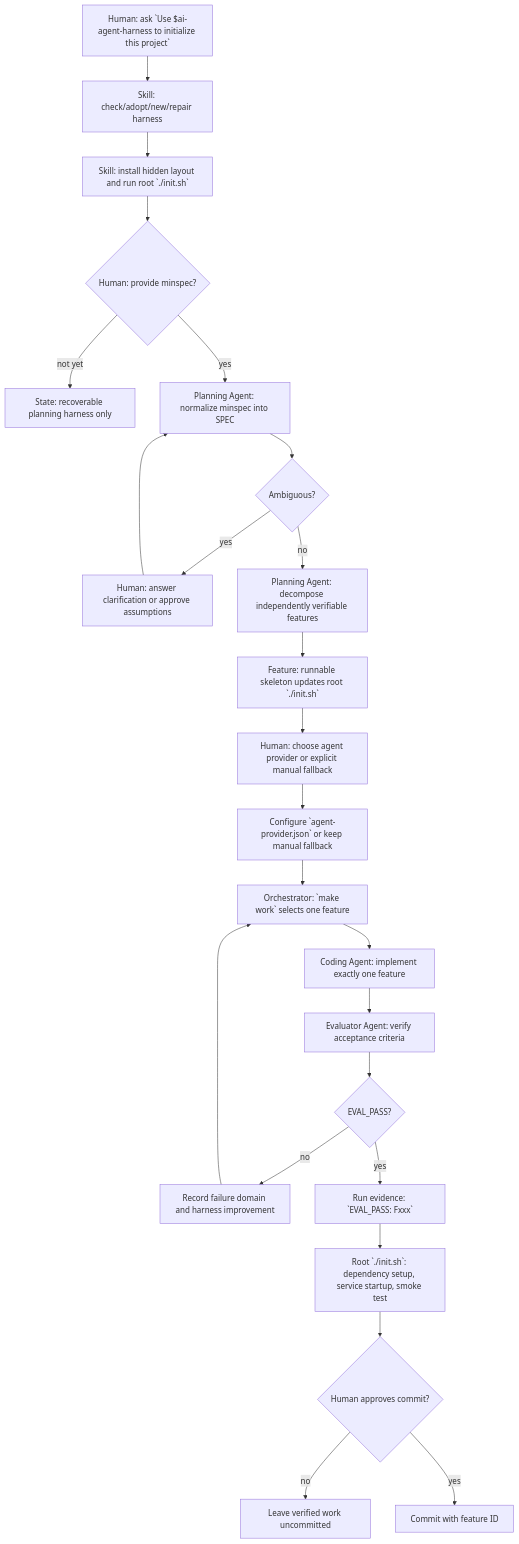
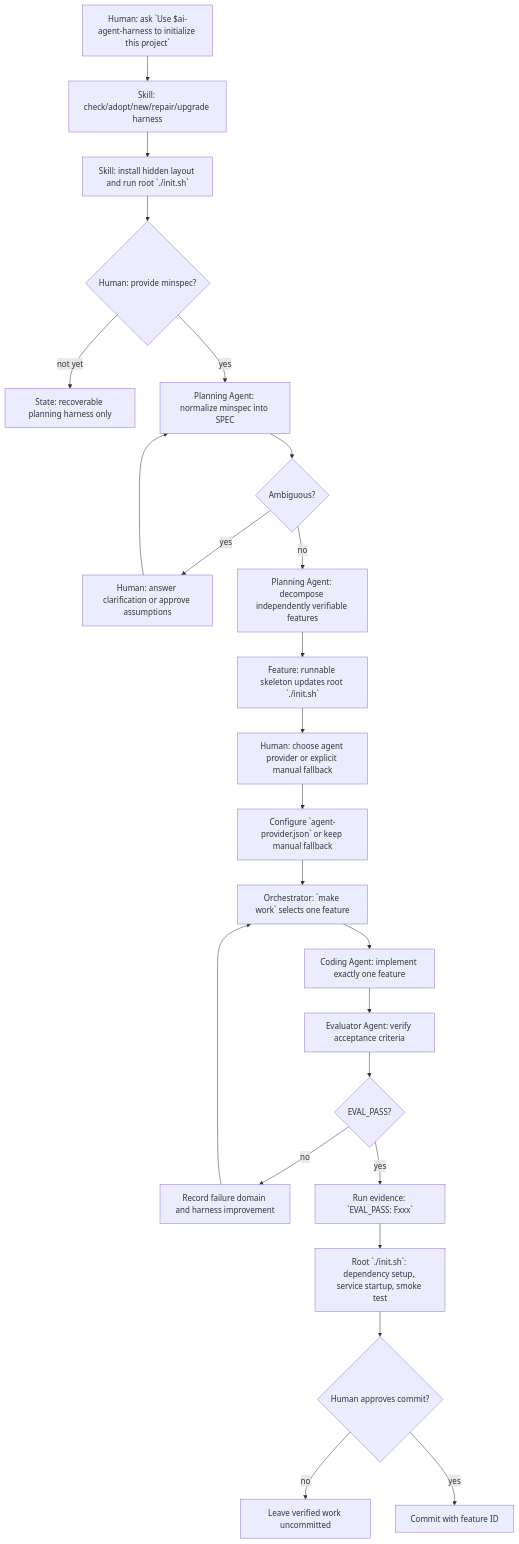
One commit to yanqian/ai-agent-harness-template changed the diagram in docs/new-project-flow.md. Above: the diagram before and after it, drawn with Mermaid. The commit also changed other lines of this file and 24 other files, not shown here.

Commit message:
F038 Add installed harness upgrade workflow

````diff
--- a/docs/new-project-flow.md
+++ b/docs/new-project-flow.md
@@ -5,26 +5,26 @@
 ```mermaid
 flowchart TD
-    A["Human: ask `Use $ai-agent-harness to initialize this project`"] --> B["Skill: check/adopt/new/repair harness"]
+    A["Human: ask `Use $ai-agent-harness to initialize this project`"] --> B["Skill: check/adopt/new/repair/upgrade harness"]
     B --> C["Skill: install hidden layout and run root `./init.sh`"]
     C --> D{"Human: provide minspec?"}
     D -- "not yet" --> E["State: recoverable planning harness only"]
     D -- "yes" --> F["Planning Agent: normalize minspec into SPEC"]
     F --> G{"Ambiguous?"}
     G -- "yes" --> H["Human: answer clarification or approve assumptions"]
     H --> F
     G -- "no" --> I["Planning Agent: decompose independently verifiable features"]
     I --> J["Feature: runnable skeleton updates root `./init.sh`"]
     J --> K["Human: choose agent provider or explicit manual fallback"]
     K --> L["Configure `agent-provider.json` or keep manual fallback"]
     L --> M["Orchestrator: `make work` selects one feature"]
     M --> N["Coding Agent: implement exactly one feature"]
     N --> O["Evaluator Agent: verify acceptance criteria"]
     O --> P{"EVAL_PASS?"}
     P -- "no" --> Q["Record failure domain and harness improvement"]
     Q --> M
     P -- "yes" --> R["Run evidence: `EVAL_PASS: Fxxx`"]
     R --> S["Root `./init.sh`: dependency setup, service startup, smoke test"]
     S --> T{"Human approves commit?"}
     T -- "no" --> U["Leave verified work uncommitted"]
     T -- "yes" --> V["Commit with feature ID"]
 ```
````
